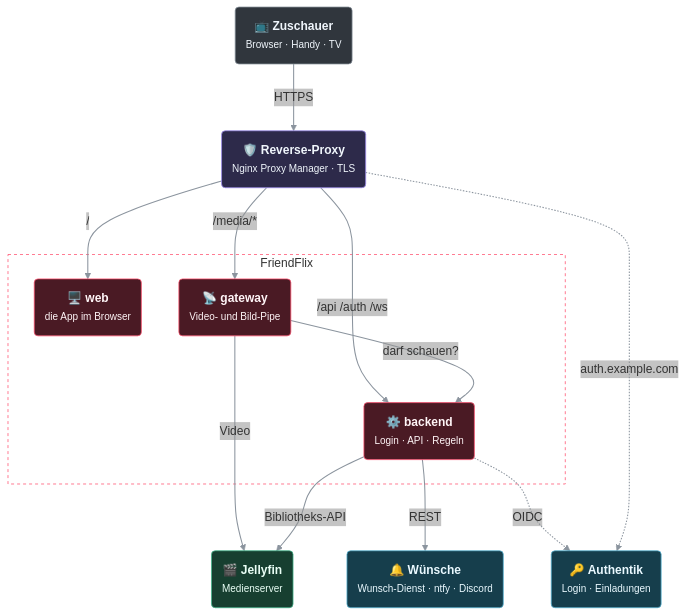
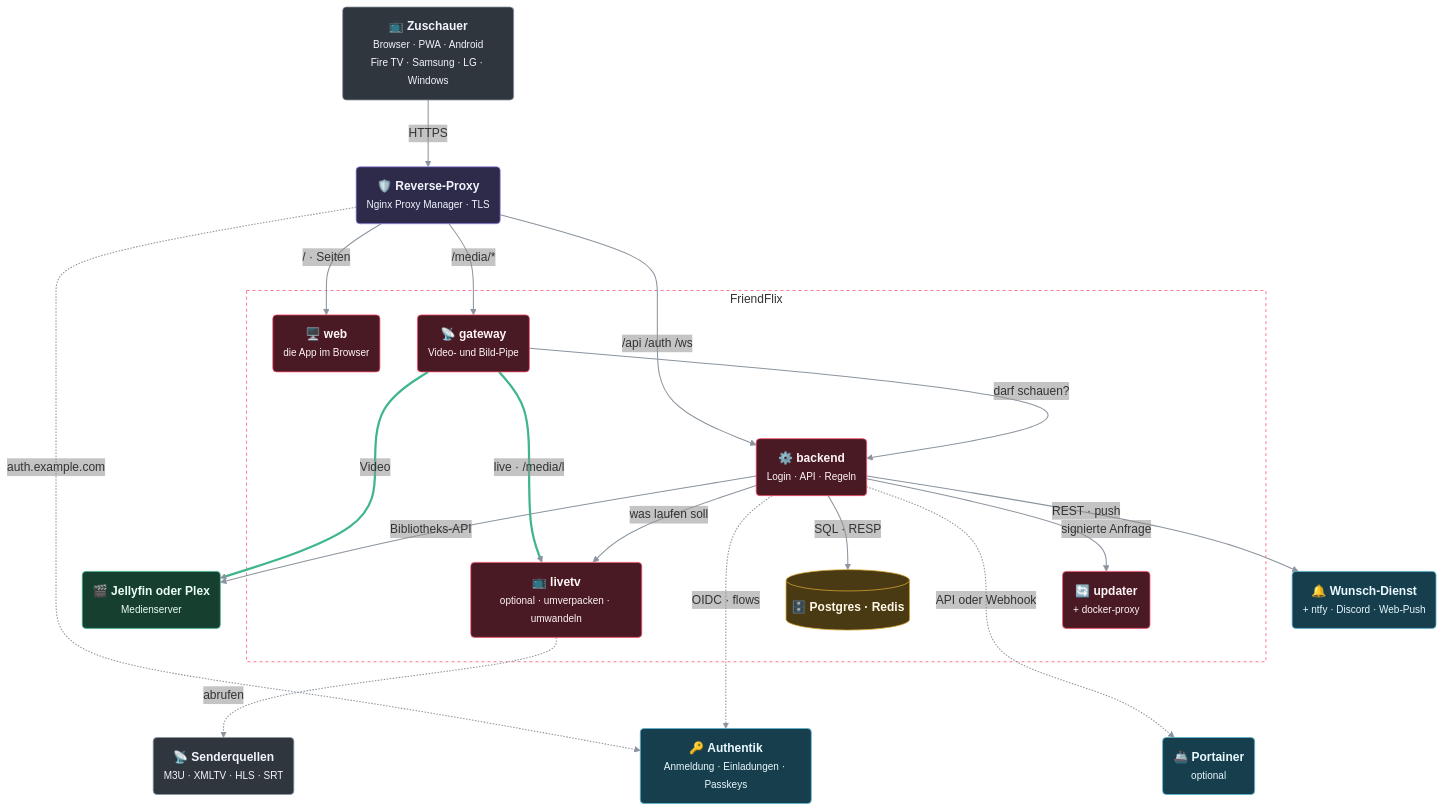
Before and after one commit to LetsManu/friendflix: the diagram in README.de.md, drawn with Mermaid. The commit also changed other lines of this file and 2 other files, not shown here.

````diff
--- a/README.de.md
+++ b/README.de.md
@@ -316,45 +327,60 @@
 ```mermaid
 ---
 config:
   flowchart:
     curve: basis
     nodeSpacing: 50
     rankSpacing: 65
     padding: 14
   themeVariables:
     edgeLabelBackground: 'rgba(150,150,150,0.12)'
   themeCSS: '.labelBkg { background-color: rgba(127,127,127,0.12) !important; }'
 ---
 flowchart TB
   accTitle: So greift FriendFlix ineinander
-  accDescr: Zuschauer erreichen über HTTPS einen Reverse-Proxy. Dieser leitet an Web, Backend und Gateway von FriendFlix weiter. Backend und Gateway sprechen mit Jellyfin; das Backend nutzt außerdem Authentik, den Wunsch-Dienst und Benachrichtigungen.
-  V("📺 <b>Zuschauer</b><br/><small>Browser · Handy · TV</small>"):::ext
+  accDescr: Zuschauer in Browser, Handy- und TV-Apps erreichen über HTTPS einen Reverse-Proxy. Dieser leitet an Web, Backend und Gateway von FriendFlix weiter. Das Gateway streamt von Jellyfin oder Plex und, mit dem optionalen Live-TV, vom Dienst livetv, der als einziger die Senderquellen abruft. Das Backend speichert in Postgres und Redis, meldet über Authentik an und spricht mit dem Wunsch-Dienst und den Benachrichtigungskanälen. Updates gehen vom Backend an den Updater, der Docker nur über den docker-proxy erreicht, oder an Portainer.
+  V("📺 <b>Zuschauer</b><br/><small>Browser · PWA · Android<br/>Fire TV · Samsung · LG · Windows</small>"):::ext
   P("🛡️ <b>Reverse-Proxy</b><br/><small>Nginx Proxy Manager · TLS</small>"):::edge
   subgraph FF["FriendFlix"]
     W("🖥️ <b>web</b><br/><small>die App im Browser</small>"):::app
+    G("📡 <b>gateway</b><br/><small>Video- und Bild-Pipe</small>"):::app
     B("⚙️ <b>backend</b><br/><small>Login · API · Regeln</small>"):::app
-    G("📡 <b>gateway</b><br/><small>Video- und Bild-Pipe</small>"):::app
+    LT("📺 <b>livetv</b><br/><small>optional · umverpacken · umwandeln</small>"):::app
+    UP("🔄 <b>updater</b><br/><small>+ docker-proxy</small>"):::app
+    DB[("🗄️ <b>Postgres · Redis</b>")]:::store
   end
-  S("🎬 <b>Jellyfin</b><br/><small>Medienserver</small>"):::media
-  RQ("🔔 <b>Wünsche</b><br/><small>Wunsch-Dienst · ntfy · Discord</small>"):::svc
-  AK("🔑 <b>Authentik</b><br/><small>Login · Einladungen</small>"):::svc
+  S("🎬 <b>Jellyfin oder Plex</b><br/><small>Medienserver</small>"):::media
+  PV("📡 <b>Senderquellen</b><br/><small>M3U · XMLTV · HLS · SRT</small>"):::ext
+  RQ("🔔 <b>Wunsch-Dienst</b><br/><small>+ ntfy · Discord · Web-Push</small>"):::svc
+  AK("🔑 <b>Authentik</b><br/><small>Anmeldung · Einladungen · Passkeys</small>"):::svc
+  PT("🚢 <b>Portainer</b><br/><small>optional</small>"):::svc
   V -->|HTTPS| P
-  P -->|"/"| W
+  P -->|"/ · Seiten"| W
   P -->|"/media/*"| G
   P -->|"/api /auth /ws"| B
+  P -.->|"auth.example.com"| AK
   G -->|"darf schauen?"| B
   G ==>|"Video"| S
+  G ==>|"live · /media/l"| LT
+  B -->|"was laufen soll"| LT
+  LT -.->|abrufen| PV
   B -->|"Bibliotheks-API"| S
-  B -->|REST| RQ
-  B -.->|OIDC| AK
-  P -.->|"auth.example.com"| AK
+  B -->|"SQL · RESP"| DB
+  B -->|"REST · push"| RQ
+  B -.->|"OIDC · flows"| AK
+  B -->|"signierte Anfrage"| UP
+  B -.->|"API oder Webhook"| PT
+  RQ ~~~ AK
+  UP ~~~ PT
   classDef ext fill:#30363d,stroke:#8b949e,stroke-width:1px,color:#f0f6fc
   classDef edge fill:#2d2a4a,stroke:#9d8cf0,stroke-width:1px,color:#f0f6fc
   classDef app fill:#4a1a24,stroke:#ff4f6d,stroke-width:1px,color:#fff5f7
   classDef store fill:#4a3a14,stroke:#d4a72c,stroke-width:1px,color:#fff8e6
   classDef media fill:#173f30,stroke:#3fb68b,stroke-width:1px,color:#eafff6
   classDef svc fill:#163e4c,stroke:#56b6d6,stroke-width:1px,color:#eaf9ff
   classDef fork fill:#4a1d3c,stroke:#e070b0,stroke-width:1px,stroke-dasharray:4 3,color:#fff0f8
   linkStyle default stroke:#8b949e,stroke-width:1.4px
+  linkStyle 6,7 stroke:#3fb68b,stroke-width:3px
+  linkStyle 16,17 stroke:none
   style FF fill:none,stroke:#ff4f6d,stroke-width:1px,stroke-dasharray:4 4
 ```
````
